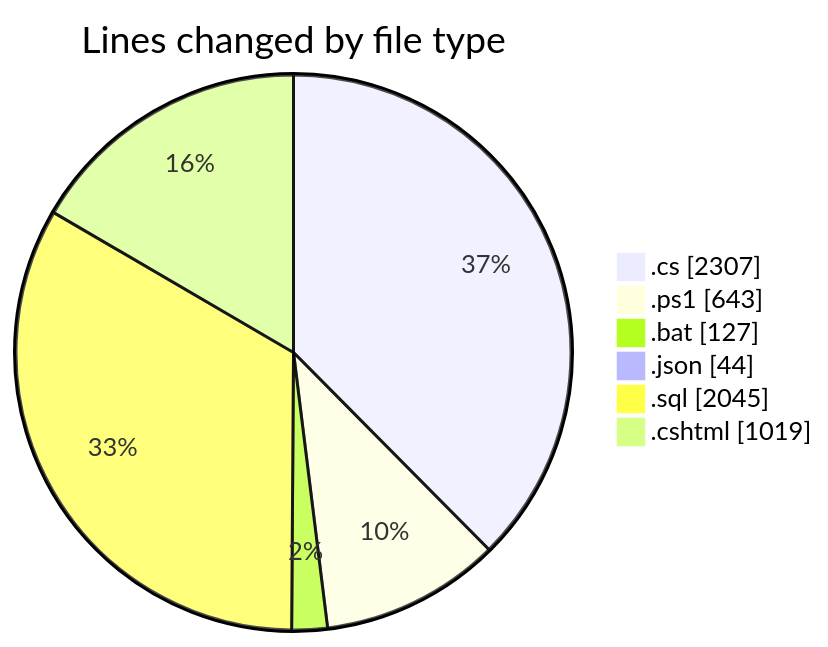
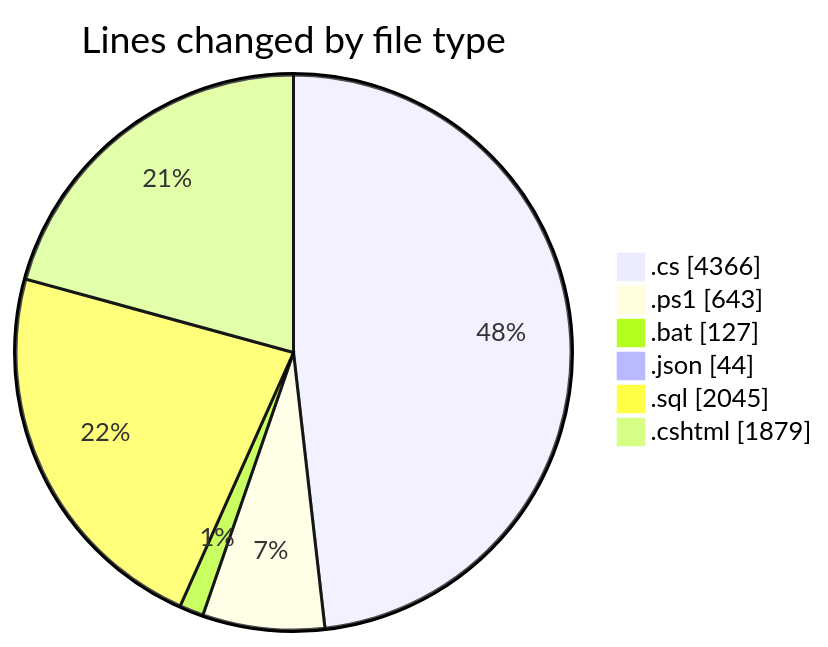
Before and after one commit to lephambinh05/code-tracking: the first of 2 diagrams in 2025-07-28/quanlyrapchieuphim-2/README.md, drawn with Mermaid. The commit also changed other lines of this file and 1 other file, not shown here.

````diff
--- a/2025-07-28/quanlyrapchieuphim-2/README.md
+++ b/2025-07-28/quanlyrapchieuphim-2/README.md
@@ -46,10 +52,10 @@
 ```mermaid
 pie showData
 title Lines changed by file type
-".cs" : 2307
+".cs" : 4366
 ".ps1" : 643
 ".bat" : 127
 ".json" : 44
 ".sql" : 2045
-".cshtml" : 1019
+".cshtml" : 1879
 ```
````
